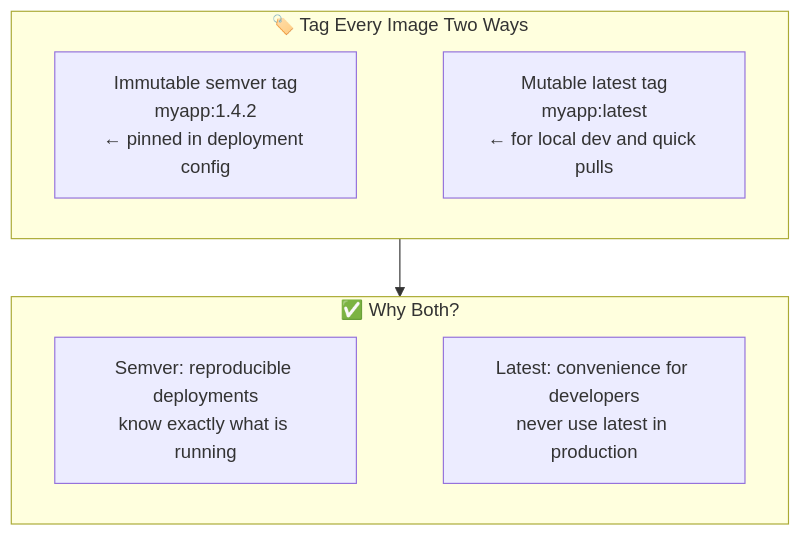
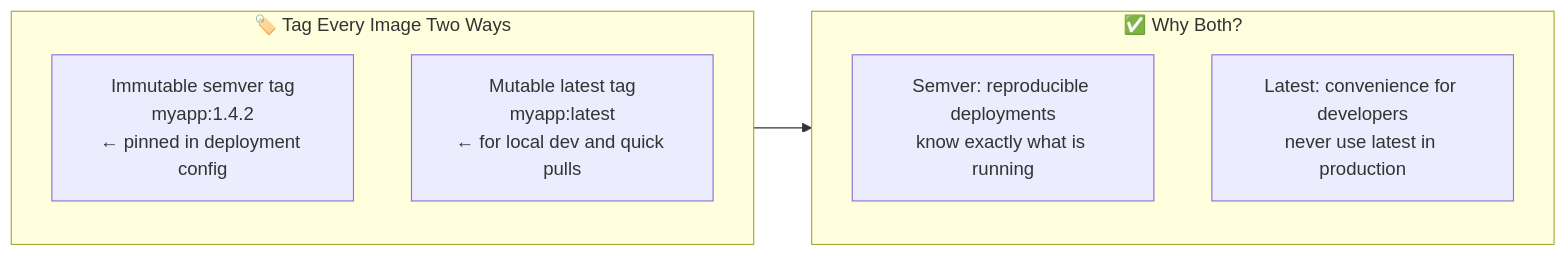
Before and after one commit to romangurevitch/GoTraining: the third of 6 diagrams in internal/fundamentals/api-lifecycle-and-deployment/03-containerisation.md, drawn with Mermaid. The commit also changed other lines of this file and 20 other files, not shown here.

````diff
--- a/internal/fundamentals/api-lifecycle-and-deployment/03-containerisation.md
+++ b/internal/fundamentals/api-lifecycle-and-deployment/03-containerisation.md
@@ -63,17 +65,17 @@
 ```mermaid
-graph TB
+graph LR
     subgraph Tags["🏷️ Tag Every Image Two Ways"]
+        direction TB
         T1["Immutable semver tag<br/>myapp:1.4.2<br/>← pinned in deployment config"]
         T2["Mutable latest tag<br/>myapp:latest<br/>← for local dev and quick pulls"]
-        T1 ~~~ T2
     end
 
     subgraph Why["✅ Why Both?"]
+        direction TB
         W1["Semver: reproducible deployments<br/>know exactly what is running"]
         W2["Latest: convenience for developers<br/>never use latest in production"]
-        W1 ~~~ W2
     end
 
     Tags --> Why
 
 ```
````
